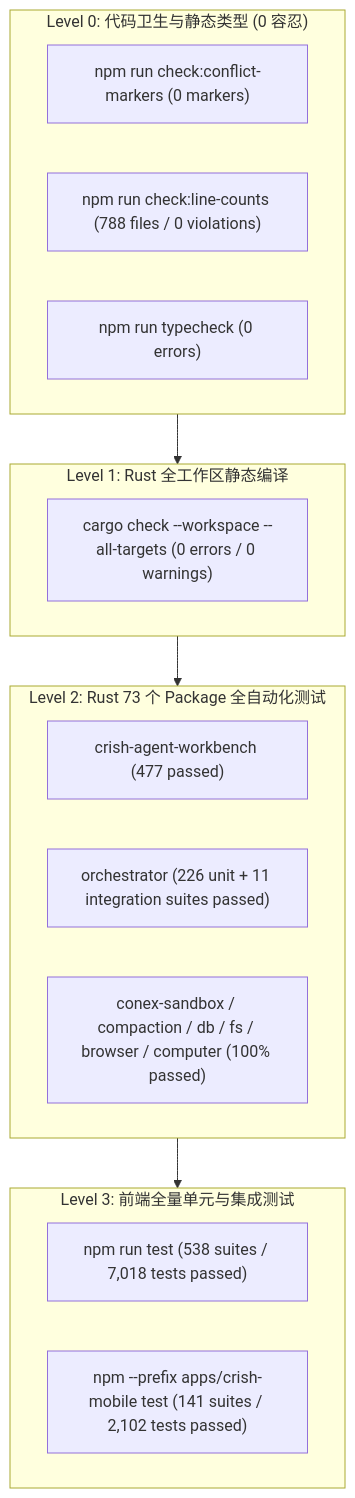
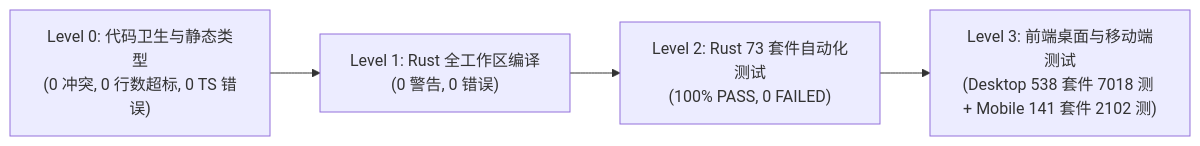
One commit to atobelix/crish changed the second of 2 diagrams in docs/systemic-remediation-wave-2/03-全战役收官实证验收报告.md. Above: the diagram before and after it, drawn with Mermaid. The commit also changed other lines of this file and 4 other files, not shown here.

````diff
--- a/docs/systemic-remediation-wave-2/03-全战役收官实证验收报告.md
+++ b/docs/systemic-remediation-wave-2/03-全战役收官实证验收报告.md
@@ -53,25 +61,6 @@
 ```mermaid
-flowchart TD
-    subgraph Level_0["Level 0: 代码卫生与静态类型 (0 容忍)"]
-        L0_1["npm run check:conflict-markers (0 markers)"]
-        L0_2["npm run check:line-counts (788 files / 0 violations)"]
-        L0_3["npm run typecheck (0 errors)"]
-    end
-
-    subgraph Level_1["Level 1: Rust 全工作区静态编译"]
-        L1_1["cargo check --workspace --all-targets (0 errors / 0 warnings)"]
-    end
-
-    subgraph Level_2["Level 2: Rust 73 个 Package 全自动化测试"]
-        L2_1["crish-agent-workbench (477 passed)"]
-        L2_2["orchestrator (226 unit + 11 integration suites passed)"]
-        L2_3["conex-sandbox / compaction / db / fs / browser / computer (100% passed)"]
-    end
-
-    subgraph Level_3["Level 3: 前端全量单元与集成测试"]
-        L3_1["npm run test (538 suites / 7,018 tests passed)"]
-        L3_2["npm --prefix apps/crish-mobile test (141 suites / 2,102 tests passed)"]
-    end
-
-    Level_0 --> Level_1 --> Level_2 --> Level_3
+flowchart LR
+    L0["Level 0: 代码卫生与静态类型<br/>(0 冲突, 0 行数超标, 0 TS 错误)"] --> L1["Level 1: Rust 全工作区编译<br/>(0 警告, 0 错误)"]
+    L1 --> L2["Level 2: Rust 73 套件自动化测试<br/>(100% PASS, 0 FAILED)"]
+    L2 --> L3["Level 3: 前端桌面与移动端测试<br/>(Desktop 538 套件 7018 测 + Mobile 141 套件 2102 测)"]
 ```
````
